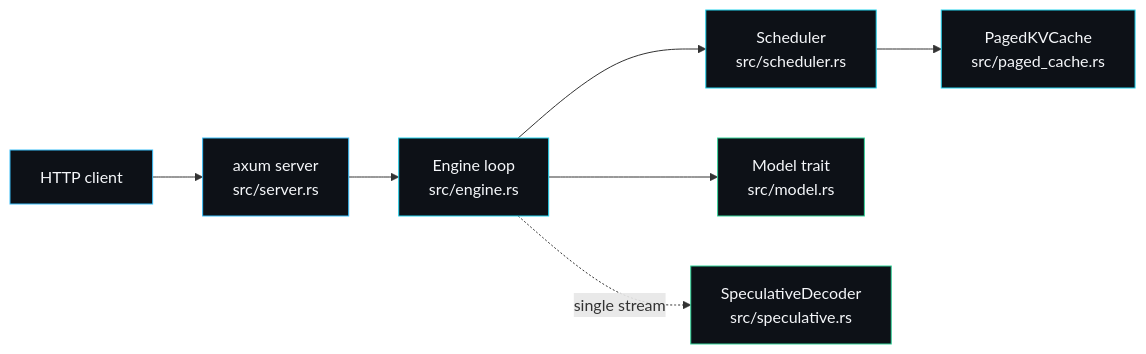
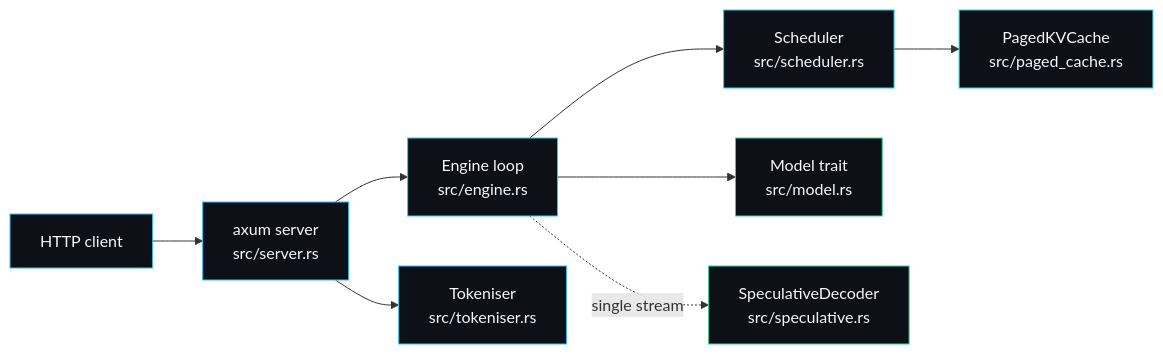
The diagram in wiki/Home.md (sarmakska/forge-infer), drawn with Mermaid before and after one commit. The commit also changed other lines of this file and 15 other files, not shown here.

````diff
--- a/wiki/Home.md
+++ b/wiki/Home.md
@@ -9,16 +9,17 @@
 ```mermaid
 flowchart LR
     C["HTTP client"] --> SRV["axum server<br/>src/server.rs"]
     SRV --> ENG["Engine loop<br/>src/engine.rs"]
     ENG --> SCH["Scheduler<br/>src/scheduler.rs"]
     SCH --> KV["PagedKVCache<br/>src/paged_cache.rs"]
     ENG --> M["Model trait<br/>src/model.rs"]
+    SRV --> TK["Tokeniser<br/>src/tokeniser.rs"]
     ENG -. "single stream" .-> SP["SpeculativeDecoder<br/>src/speculative.rs"]
 
     classDef sky fill:#0d1117,stroke:#38bdf8,color:#f5f7fa;
     classDef cyan fill:#0d1117,stroke:#22d3ee,color:#f5f7fa;
     classDef em fill:#0d1117,stroke:#34d399,color:#f5f7fa;
-    class C,SRV sky;
+    class C,SRV,TK sky;
     class ENG,SCH,KV cyan;
     class M,SP em;
 ```
````
